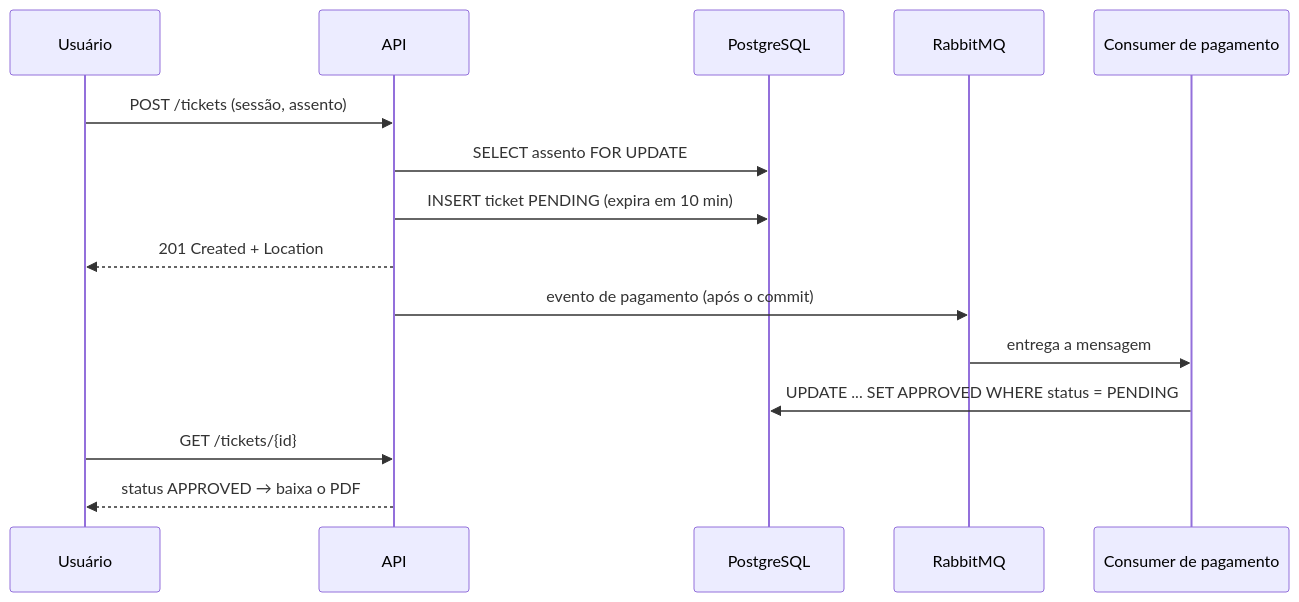
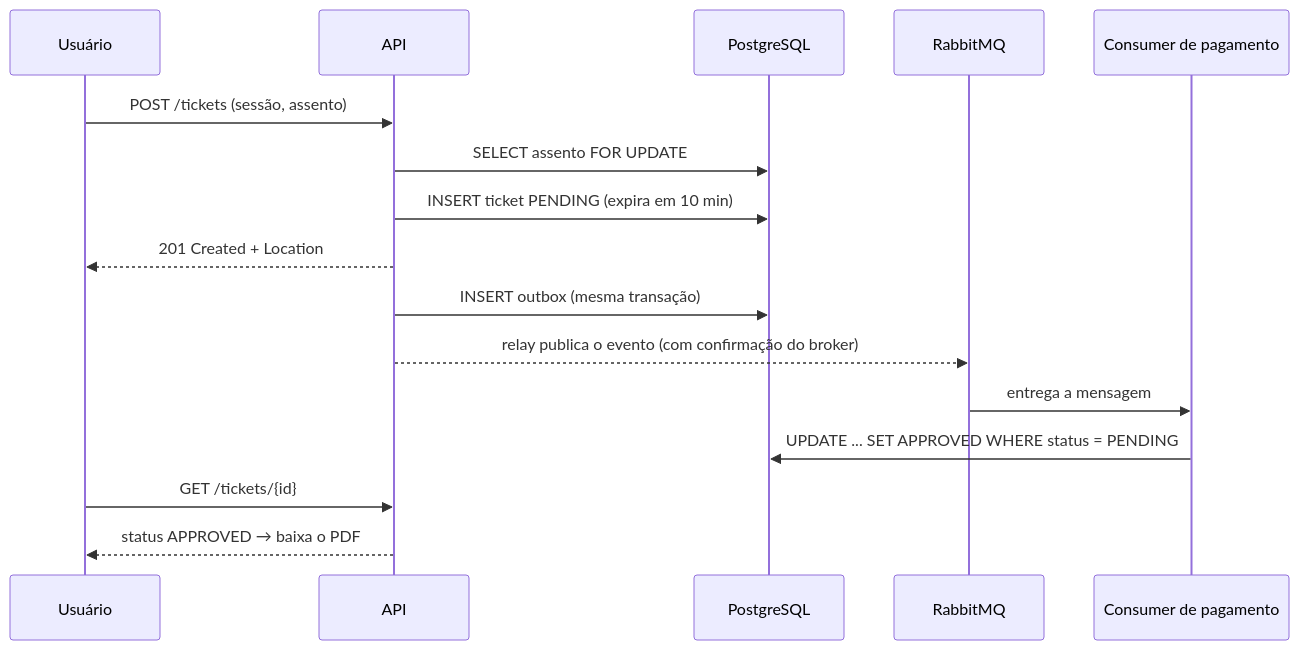
Before and after one commit to marcelofelixdev/cine-ticket-backend: the second of 2 diagrams in README.md, drawn with Mermaid. The commit also changed other lines of this file and 16 other files, not shown here.

First line of the commit message:
feat: transactional outbox para os eventos de pagamento e reembolso

````diff
--- a/README.md
+++ b/README.md
@@ -61,18 +62,19 @@
 ```mermaid
 sequenceDiagram
     participant U as Usuário
     participant A as API
     participant DB as PostgreSQL
     participant MQ as RabbitMQ
     participant PC as Consumer de pagamento
 
     U->>A: POST /tickets (sessão, assento)
     A->>DB: SELECT assento FOR UPDATE
     A->>DB: INSERT ticket PENDING (expira em 10 min)
     A-->>U: 201 Created + Location
-    A->>MQ: evento de pagamento (após o commit)
+    A->>DB: INSERT outbox (mesma transação)
+    A-->>MQ: relay publica o evento (com confirmação do broker)
     MQ->>PC: entrega a mensagem
     PC->>DB: UPDATE ... SET APPROVED WHERE status = PENDING
     U->>A: GET /tickets/{id}
     A-->>U: status APPROVED → baixa o PDF
 ```
````
